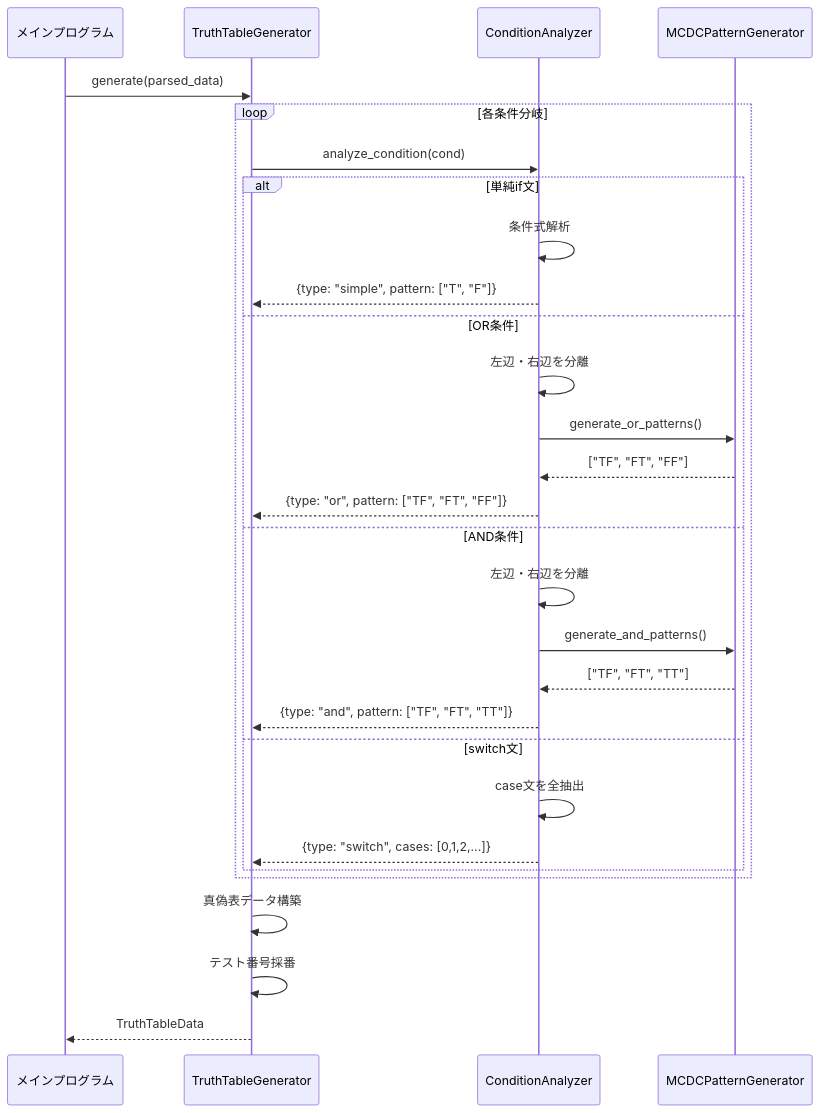
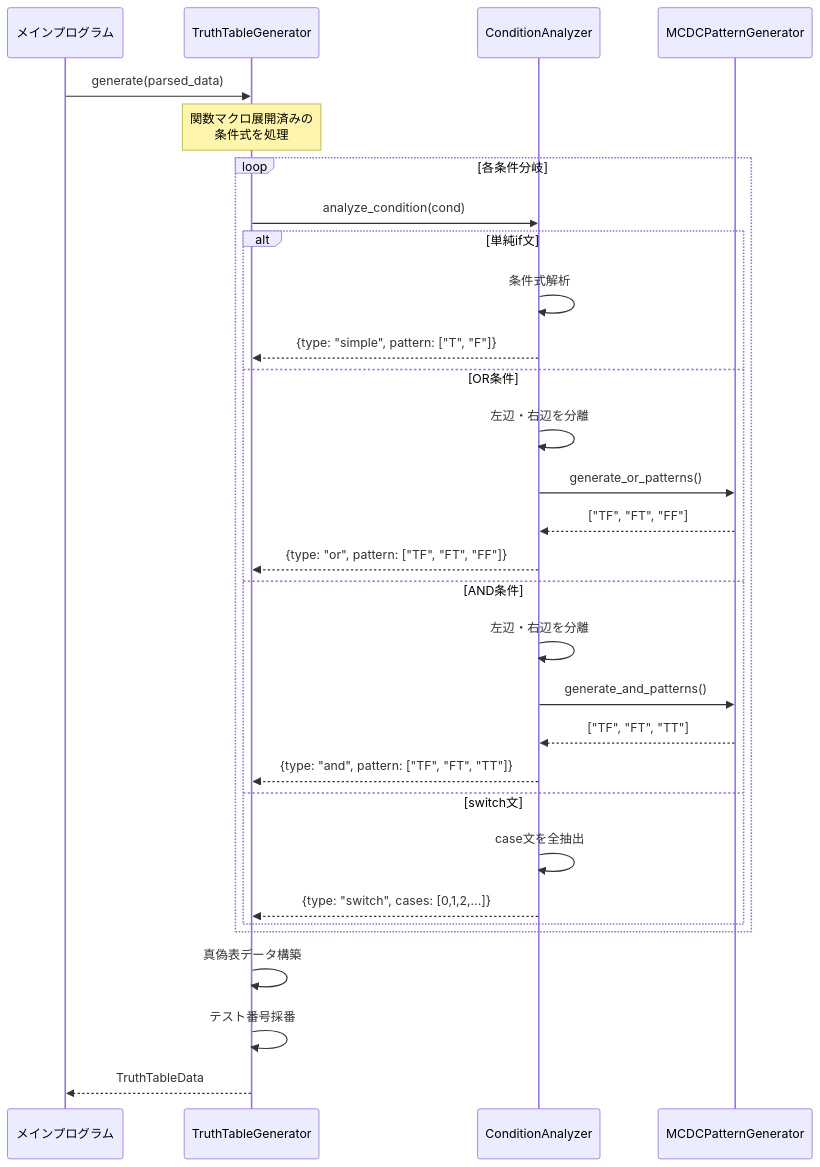
One commit to ryu5791/AutoUniTestGen changed the fourth of 7 diagrams in design_sequence_diagram.md. Above: the diagram before and after it, drawn with Mermaid. The commit also changed other lines of this file and 1 other file, not shown here.

Commit message:
シーケンス図、クラス図追加

````diff
--- a/design_sequence_diagram.md
+++ b/design_sequence_diagram.md
@@ -99,35 +217,36 @@
 ```mermaid
 sequenceDiagram
     participant Main as メインプログラム
     participant TruthGen as TruthTableGenerator
     participant CondAnalyzer as ConditionAnalyzer
     participant MCDCGen as MCDCPatternGenerator
 
     Main->>TruthGen: generate(parsed_data)
+    Note over TruthGen: 関数マクロ展開済みの<br/>条件式を処理
     
     loop 各条件分岐
         TruthGen->>CondAnalyzer: analyze_condition(cond)
         
         alt 単純if文
             CondAnalyzer->>CondAnalyzer: 条件式解析
             CondAnalyzer-->>TruthGen: {type: "simple", pattern: ["T", "F"]}
         else OR条件
             CondAnalyzer->>CondAnalyzer: 左辺・右辺を分離
             CondAnalyzer->>MCDCGen: generate_or_patterns()
             MCDCGen-->>CondAnalyzer: ["TF", "FT", "FF"]
             CondAnalyzer-->>TruthGen: {type: "or", pattern: ["TF", "FT", "FF"]}
         else AND条件
             CondAnalyzer->>CondAnalyzer: 左辺・右辺を分離
             CondAnalyzer->>MCDCGen: generate_and_patterns()
             MCDCGen-->>CondAnalyzer: ["TF", "FT", "TT"]
             CondAnalyzer-->>TruthGen: {type: "and", pattern: ["TF", "FT", "TT"]}
         else switch文
             CondAnalyzer->>CondAnalyzer: case文を全抽出
             CondAnalyzer-->>TruthGen: {type: "switch", cases: [0,1,2,...]}
         end
     end
     
     TruthGen->>TruthGen: 真偽表データ構築
     TruthGen->>TruthGen: テスト番号採番
     TruthGen-->>Main: TruthTableData
 ```
````
